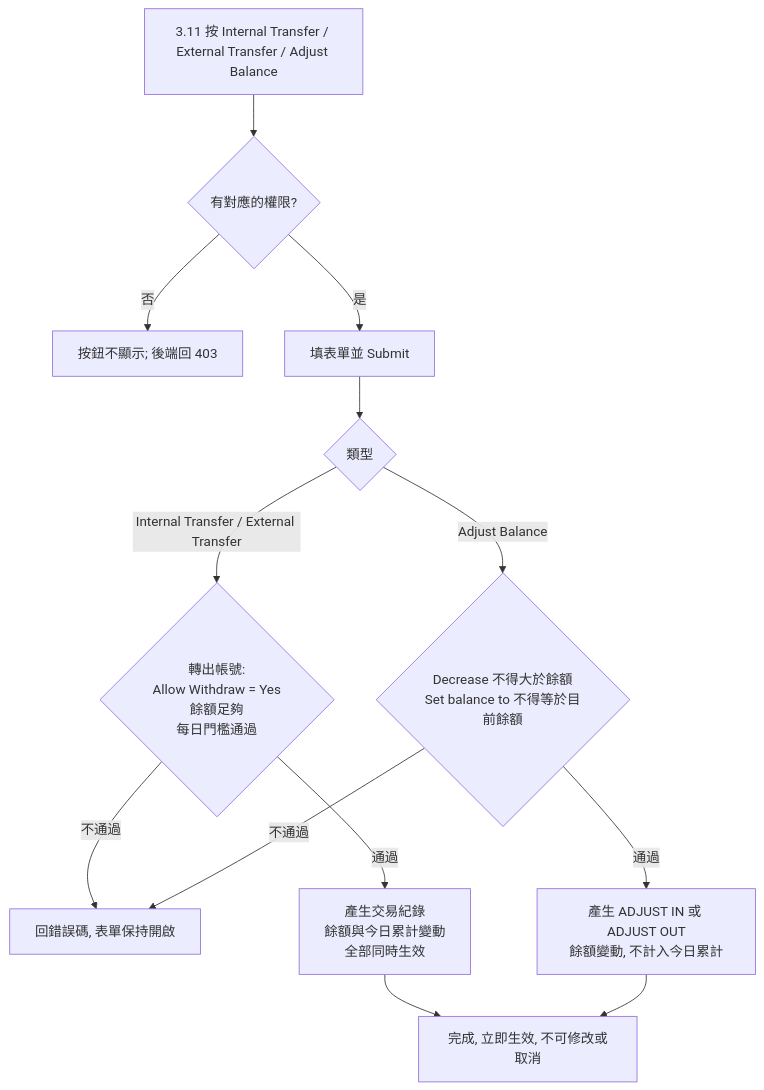
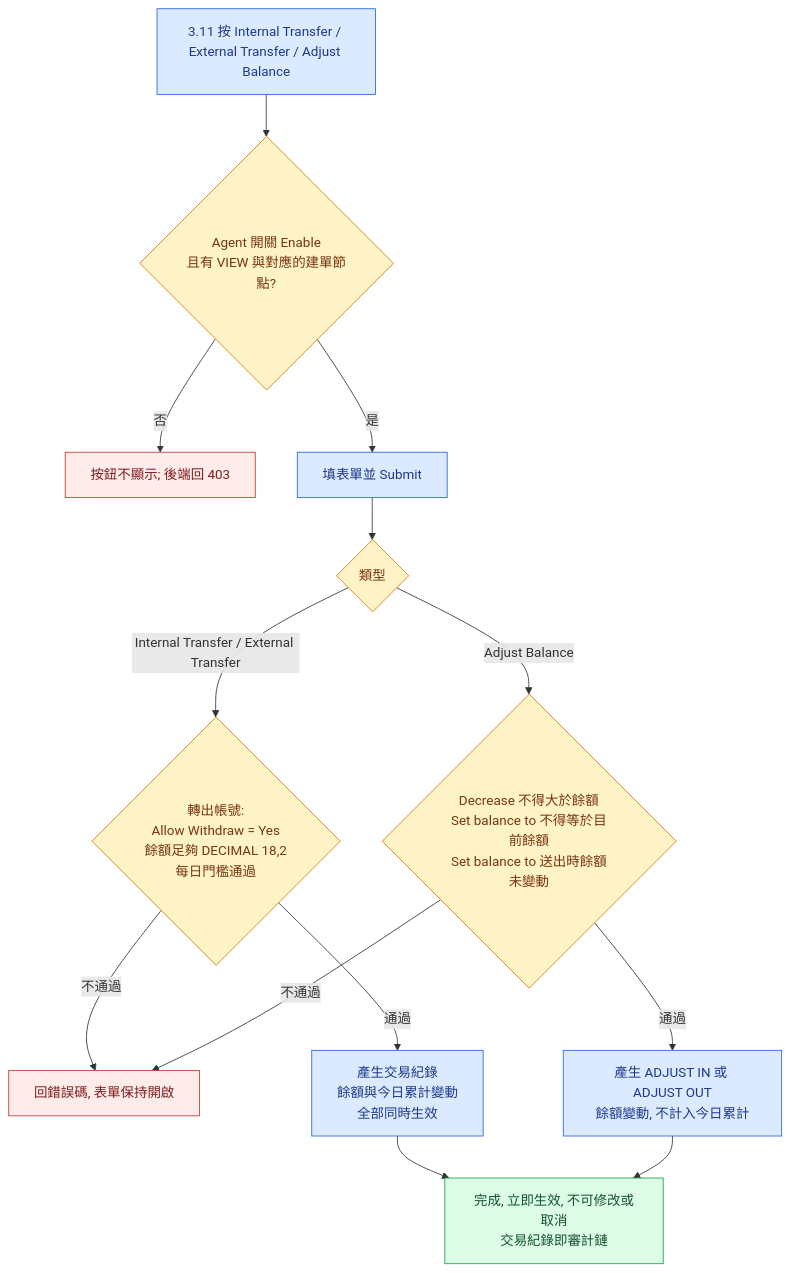
The second of 2 diagrams in withdraw-payment-account/withdraw_payment_account_spec.md (guswei/betally-bo-mockup), drawn with Mermaid before and after one commit. The commit also changed other lines of this file and 5 other files, not shown here.

First line of the commit message:
Payment account: split dialog search into three fields, remove Adjust Balance category, add balance-changed check; spec v0.24, PRD v1.2

````diff
--- a/withdraw-payment-account/withdraw_payment_account_spec.md
+++ b/withdraw-payment-account/withdraw_payment_account_spec.md
@@ -849,15 +866,23 @@
 ```mermaid
 flowchart TD
-    A[3.11 按 Internal Transfer / External Transfer / Adjust Balance] --> P{有對應的權限?}
-    P -- 否 --> N[按鈕不顯示; 後端回 403]
-    P -- 是 --> F[填表單並 Submit]
+    A[3.11 按 Internal Transfer / External Transfer / Adjust Balance] --> G{Agent 開關 Enable<br/>且有 VIEW 與對應的建單節點?}
+    G -- 否 --> N[按鈕不顯示; 後端回 403]
+    G -- 是 --> F[填表單並 Submit]
     F --> K{類型}
-    K -- Internal Transfer / External Transfer --> C1{轉出帳號:<br/>Allow Withdraw = Yes<br/>餘額足夠<br/>每日門檻通過}
-    K -- Adjust Balance --> C2{Decrease 不得大於餘額<br/>Set balance to 不得等於目前餘額}
+    K -- Internal Transfer / External Transfer --> C1{轉出帳號:<br/>Allow Withdraw = Yes<br/>餘額足夠 DECIMAL 18,2<br/>每日門檻通過}
+    K -- Adjust Balance --> C2{Decrease 不得大於餘額<br/>Set balance to 不得等於目前餘額<br/>Set balance to 送出時餘額未變動}
     C1 -- 不通過 --> X[回錯誤碼, 表單保持開啟]
     C2 -- 不通過 --> X
     C1 -- 通過 --> R1[產生交易紀錄<br/>餘額與今日累計變動<br/>全部同時生效]
     C2 -- 通過 --> R2[產生 ADJUST IN 或 ADJUST OUT<br/>餘額變動, 不計入今日累計]
-    R1 --> Z[完成, 立即生效, 不可修改或取消]
+    R1 --> Z[完成, 立即生效, 不可修改或取消<br/>交易紀錄即審計鏈]
     R2 --> Z
+    classDef step fill:#dbeafe,stroke:#2563eb,color:#1e3a8a
+    classDef dec  fill:#fef3c7,stroke:#d97706,color:#78350f
+    classDef stop fill:#fdecea,stroke:#c0392b,color:#7f1d1d
+    classDef done fill:#dcfce7,stroke:#16a34a,color:#14532d
+    class A,F,R1,R2 step
+    class G,K,C1,C2 dec
+    class N,X stop
+    class Z done
 ```
````
